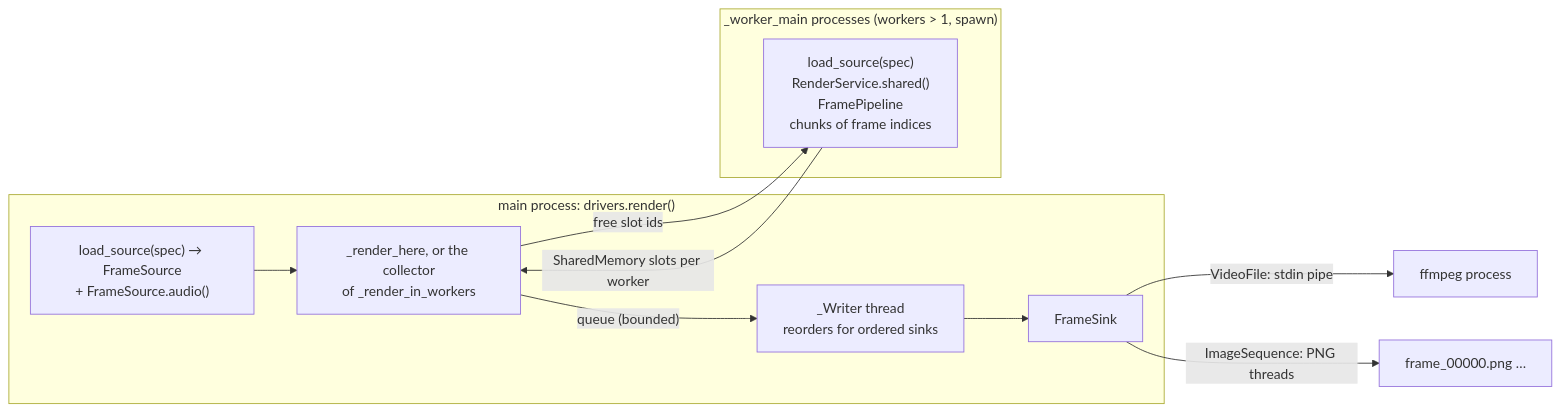
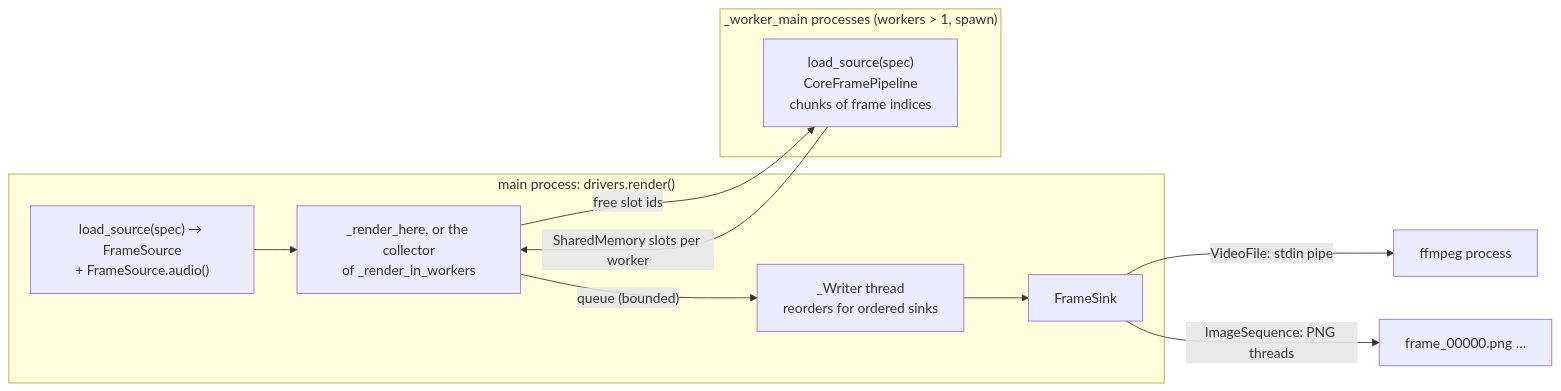
One commit to MrDiver/manim changed the seventh of 8 diagrams in manimx/ARCHITECTURE.md. Above: the diagram before and after it, drawn with Mermaid. The commit also changed other lines of this file and 200 other files, not shown here.

````diff
--- a/manimx/ARCHITECTURE.md
+++ b/manimx/ARCHITECTURE.md
@@ -756,15 +608,15 @@
 ```mermaid
 flowchart LR
     subgraph Main["main process: drivers.render()"]
         L["load_source(spec) → FrameSource<br/>+ FrameSource.audio()"] --> Loop
         Loop["_render_here, or the collector<br/>of _render_in_workers"] -->|"queue (bounded)"| Wt["_Writer thread<br/>reorders for ordered sinks"]
         Wt --> Sink["FrameSink"]
     end
     Sink -->|"VideoFile: stdin pipe"| FF["ffmpeg process"]
     Sink -->|"ImageSequence: PNG threads"| Files["frame_00000.png …"]
     subgraph Workers["_worker_main processes (workers > 1, spawn)"]
-        W1["load_source(spec)<br/>RenderService.shared()<br/>FramePipeline<br/>chunks of frame indices"]
+        W1["load_source(spec)<br/>CoreFramePipeline<br/>chunks of frame indices"]
     end
     W1 -->|"SharedMemory slots per worker"| Loop
     Loop -->|"free slot ids"| W1
 ```
````
